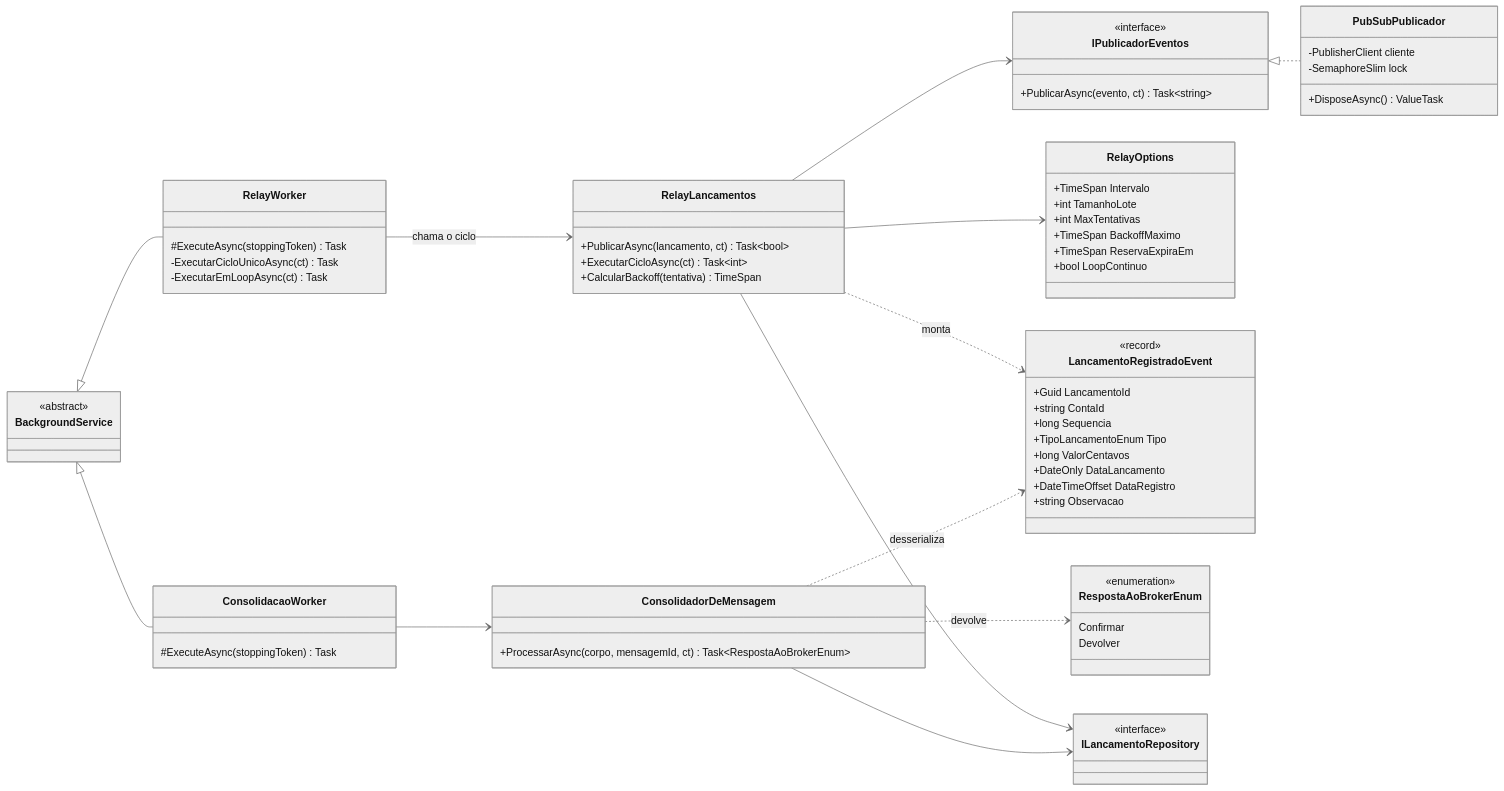
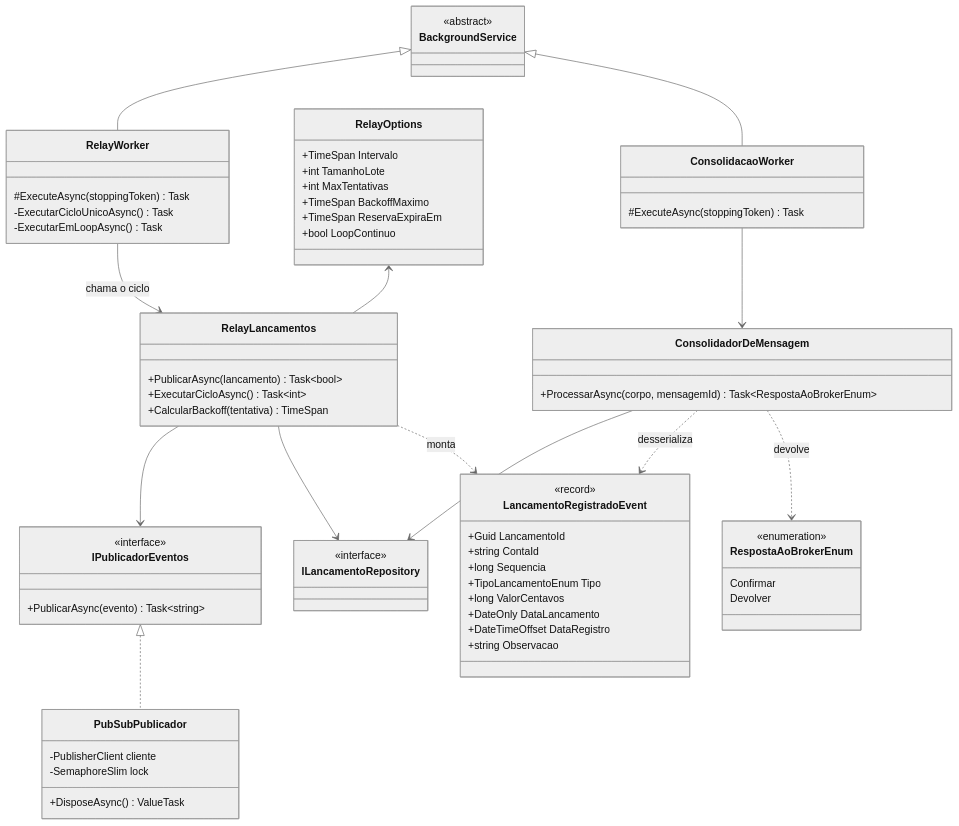
One commit to michellerodrigues/lancamentos-diarios-poc changed diagram 11 of 23 in docs/arquitetura/software/02-c4-componentes-e-codigo.md. Above: the diagram before and after it, drawn with Mermaid (neutral theme). The commit also changed other lines of this file and 45 other files, not shown here.

````diff
--- a/docs/arquitetura/software/02-c4-componentes-e-codigo.md
+++ b/docs/arquitetura/software/02-c4-componentes-e-codigo.md
@@ -462,72 +572,72 @@
 ```mermaid
 classDiagram
-    direction LR
+    direction TB
     class RelayLancamentos {
-        +PublicarAsync(lancamento, ct) Task~bool~
-        +ExecutarCicloAsync(ct) Task~int~
+        +PublicarAsync(lancamento) Task~bool~
+        +ExecutarCicloAsync() Task~int~
         +CalcularBackoff(tentativa) TimeSpan
     }
     class IPublicadorEventos {
         <<interface>>
-        +PublicarAsync(evento, ct) Task~string~
+        +PublicarAsync(evento) Task~string~
     }
     class PubSubPublicador {
         -PublisherClient cliente
         -SemaphoreSlim lock
         +DisposeAsync() ValueTask
     }
     class RelayWorker {
         #ExecuteAsync(stoppingToken) Task
-        -ExecutarCicloUnicoAsync(ct) Task
-        -ExecutarEmLoopAsync(ct) Task
+        -ExecutarCicloUnicoAsync() Task
+        -ExecutarEmLoopAsync() Task
     }
     class BackgroundService {
         <<abstract>>
     }
     class RelayOptions {
         +TimeSpan Intervalo
         +int TamanhoLote
         +int MaxTentativas
         +TimeSpan BackoffMaximo
         +TimeSpan ReservaExpiraEm
         +bool LoopContinuo
     }
     class LancamentoRegistradoEvent {
         <<record>>
         +Guid LancamentoId
         +string ContaId
         +long Sequencia
         +TipoLancamentoEnum Tipo
         +long ValorCentavos
         +DateOnly DataLancamento
         +DateTimeOffset DataRegistro
         +string Observacao
     }
     class ConsolidacaoWorker {
         #ExecuteAsync(stoppingToken) Task
     }
     class ConsolidadorDeMensagem {
-        +ProcessarAsync(corpo, mensagemId, ct) Task~RespostaAoBrokerEnum~
+        +ProcessarAsync(corpo, mensagemId) Task~RespostaAoBrokerEnum~
     }
     class RespostaAoBrokerEnum {
         <<enumeration>>
         Confirmar
         Devolver
     }
     class ILancamentoRepository {
         <<interface>>
     }
 
     IPublicadorEventos <|.. PubSubPublicador
     BackgroundService <|-- RelayWorker
     BackgroundService <|-- ConsolidacaoWorker
     RelayWorker --> RelayLancamentos : chama o ciclo
     RelayLancamentos --> IPublicadorEventos
     RelayLancamentos --> ILancamentoRepository
-    RelayLancamentos --> RelayOptions
+    RelayOptions <-- RelayLancamentos
     RelayLancamentos ..> LancamentoRegistradoEvent : monta
     ConsolidacaoWorker --> ConsolidadorDeMensagem
     ConsolidadorDeMensagem --> ILancamentoRepository
     ConsolidadorDeMensagem ..> LancamentoRegistradoEvent : desserializa
     ConsolidadorDeMensagem ..> RespostaAoBrokerEnum : devolve
 ```
````
